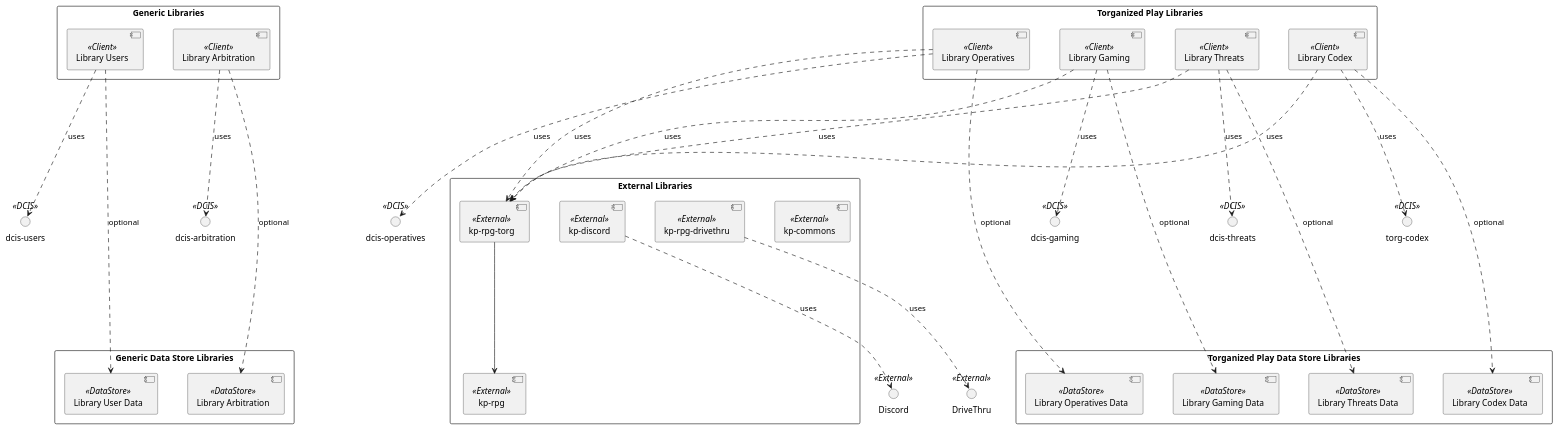
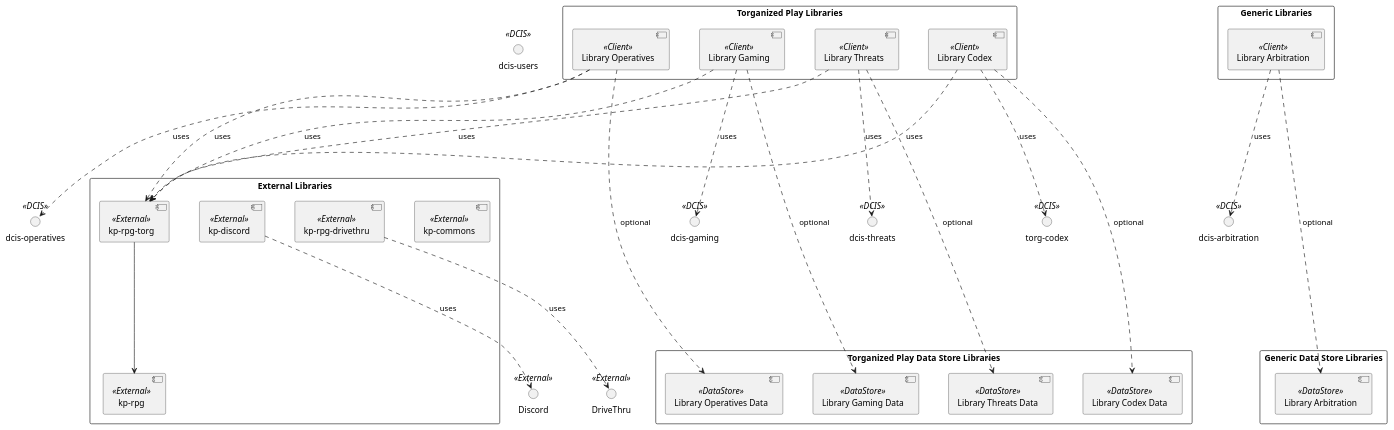
One commit to Paladins-Inn/torganized-play-architecture changed the diagram in src/main/docs/architecture/modules/arc42/pages/05_building_block_view/level_1/dcis-libraries.adoc. Above: the diagram before and after it, drawn with PlantUML. The commit also changed 3 other files, not shown here.

Commit message:
adjusted some documentation containing the user management and the extraction of dcis-users into a more generic distributed IAM housed in kp-comons.

```diff
--- a/src/main/docs/architecture/modules/arc42/pages/05_building_block_view/level_1/dcis-libraries.adoc
+++ b/src/main/docs/architecture/modules/arc42/pages/05_building_block_view/level_1/dcis-libraries.adoc
@@ -16,77 +16,72 @@
 [plantuml,dcis-libraries-level1,svg]
 ----
 @startuml
 
 skinparam nodesep 50
 skinparam ranksep 200
 
 rectangle "Torganized Play Libraries" as torgLibraries {
   [Library Operatives] as libOperatives << Client >>
   [Library Gaming] as libGaming << Client >>
   [Library Threats] as libThreats << Client >>
   [Library Codex] as libCodex << Client >>
 }
 
 rectangle "Torganized Play Data Store Libraries" as dataLibraries {
   [Library Operatives Data] as jpaOperatives << DataStore >>
   [Library Gaming Data] as jpaGaming << DataStore >>
   [Library Threats Data] as jpaThreats << DataStore >>
   [Library Codex Data] as jpaCodex << DataStore >>
 }
 
 rectangle "Generic Libraries" as genericLibraries {
-  [Library Users] as libUsers << Client >>
   [Library Arbitration] as libArbitration << Client >>
 }
 
 rectangle "Generic Data Store Libraries" as genericDataLibraries {
-  [Library User Data] as jpaUsers << DataStore >>
   [Library Arbitration] as jpaArbitration << DataStore >>
 }
 
 rectangle "External Libraries" as externalLibs {
   [kp-commons] as kpCommons << External >>
   [kp-rpg-torg] as kpTorg << External >>
   [kp-rpg] as kpRPG << External >>
   [kp-discord] as kpDiscord << External >>
   [kp-rpg-drivethru] as kpDrivethru << External >>
 }
 
 
 () "dcis-users" as dcisUsers << DCIS >>
 () "dcis-operatives" as dcisOperatives << DCIS >>
 () "dcis-gaming" as dcisGaming << DCIS >>
 () "dcis-threats" as dcisThreats << DCIS >>
 () "torg-codex" as codex << DCIS >>
 () "dcis-arbitration" as dcisArbitration << DCIS >>
 () "Discord" as discord << External >>
 () "DriveThru" as drivethru << External >>
-
-libUsers ..> dcisUsers : uses
-libUsers -.-> jpaUsers : optional
 
 libOperatives ..> kpTorg : uses
 libOperatives ..> dcisOperatives : uses
 libOperatives -.-> jpaOperatives : optional
 
 libGaming ..> kpTorg : uses
 libGaming ..> dcisGaming : uses
 libGaming -.-> jpaGaming : optional
 
 libThreats ..> kpTorg : uses
 libThreats ..> dcisThreats : uses
 libThreats -.-> jpaThreats : optional
 
 libCodex ..> codex : uses
 libCodex ..> kpTorg : uses
 libCodex -.-> jpaCodex : optional
 
 libArbitration ..> dcisArbitration : uses
 libArbitration -.-> jpaArbitration : optional
 
 kpTorg --> kpRPG
 kpDiscord ..> discord : uses
 kpDrivethru ..> drivethru : uses
 @enduml
 
 ----
```
